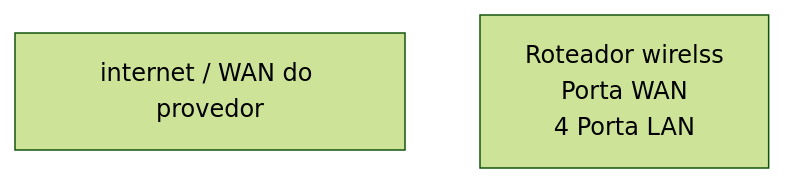
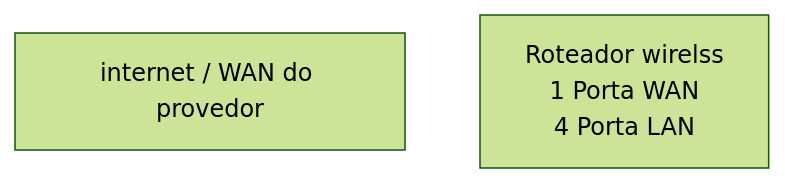
One commit to ryan0f0lima32/-lab-redes-01 changed the diagram in README.md. Above: the diagram before and after it, drawn with Mermaid (forest theme).

Commit message:
Update router description in README

````diff
--- a/README.md
+++ b/README.md
@@ -35,7 +35,7 @@
  ```mermaid 
 graph TD
 
 WAN[internet / WAN do provedor]
 
-Roteador[Roteador wirelss<br> Porta WAN<br>4 Porta LAN]
+Roteador[Roteador wirelss<br>1 Porta WAN<br>4 Porta LAN]
 ```
````
